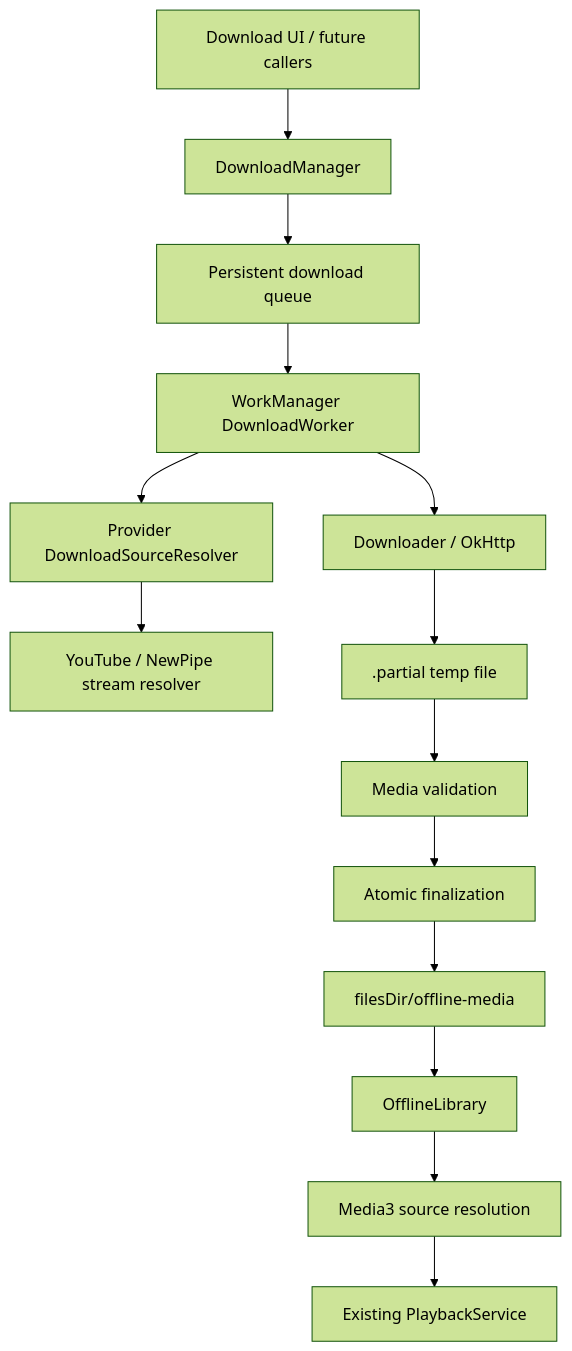
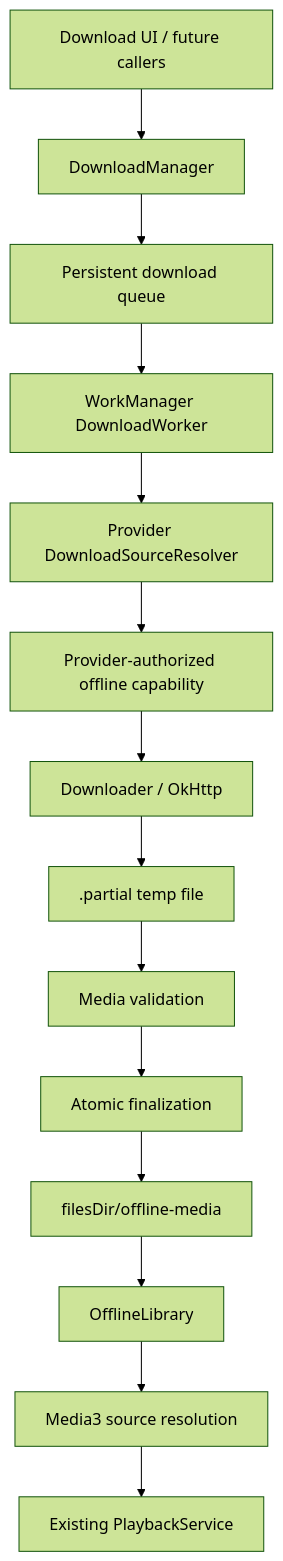
Before and after one commit to Lelonio/Square: the diagram in docs/PHASE-3-OFFLINE.md, drawn with Mermaid (forest theme). The commit also changed other lines of this file, not shown here.

Commit message:
docs(offline): document provider authorization limits

````diff
--- a/docs/PHASE-3-OFFLINE.md
+++ b/docs/PHASE-3-OFFLINE.md
@@ -7,16 +7,16 @@
 ```mermaid
 flowchart TD
     UI[Download UI / future callers] --> DM[DownloadManager]
     DM --> Q[Persistent download queue]
     Q --> W[WorkManager DownloadWorker]
     W --> R[Provider DownloadSourceResolver]
-    R --> YT[YouTube / NewPipe stream resolver]
-    W --> D[Downloader / OkHttp]
+    R --> CAP[Provider-authorized offline capability]
+    CAP --> D[Downloader / OkHttp]
     D --> T[.partial temp file]
     T --> V[Media validation]
     V --> A[Atomic finalization]
     A --> S[filesDir/offline-media]
     S --> L[OfflineLibrary]
     L --> P[Media3 source resolution]
     P --> PB[Existing PlaybackService]
 ```
````
